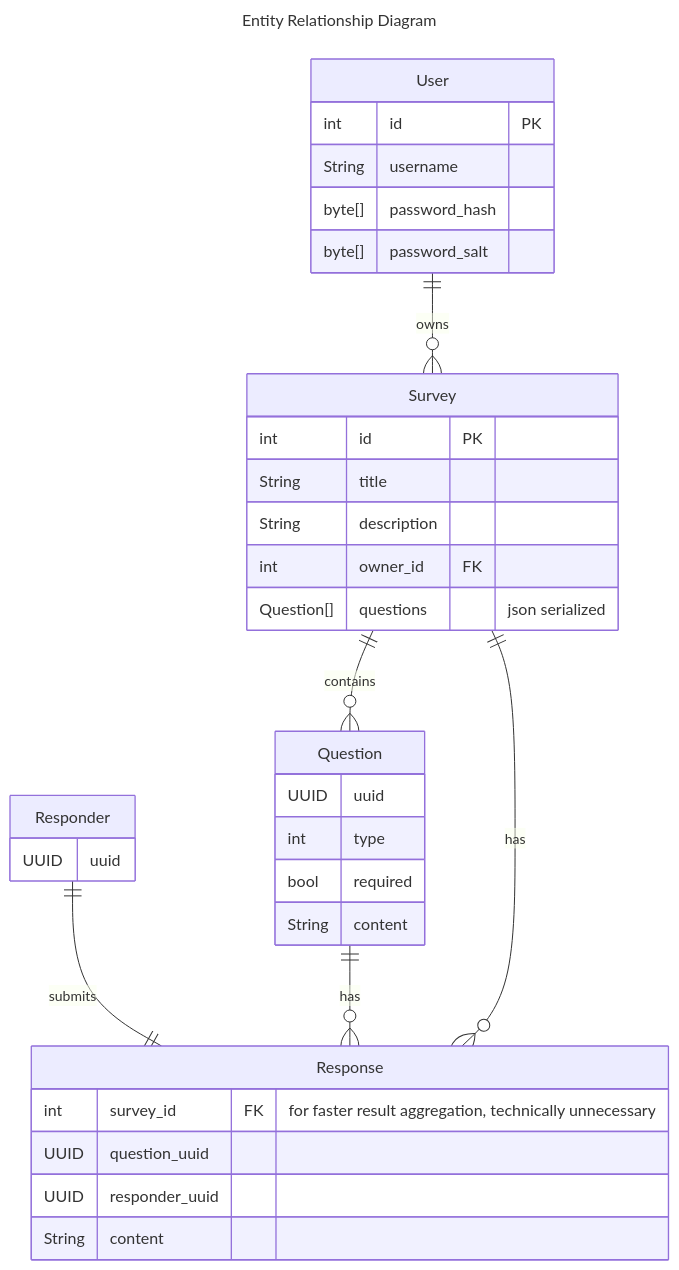
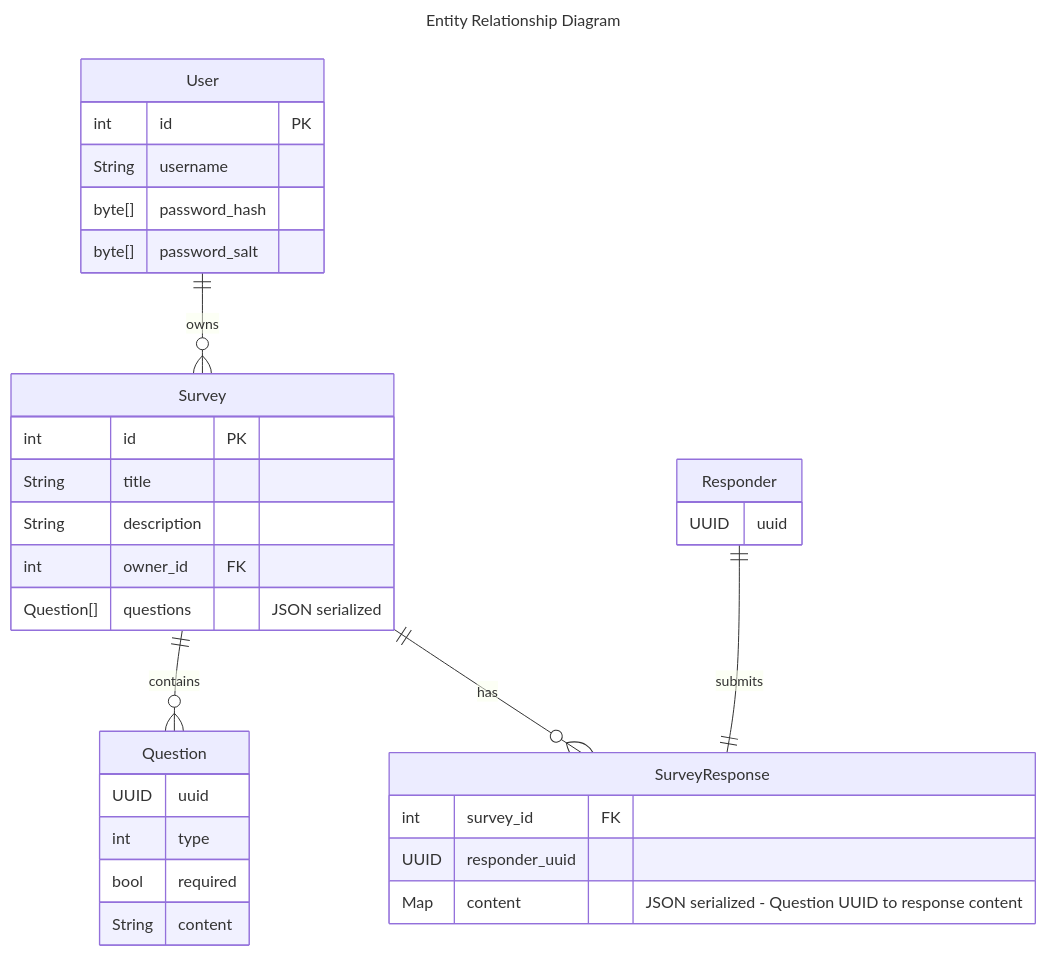
Before and after one commit to dyc3/d6-survey-service: the third of 7 diagrams in docs/architecture.md, drawn with Mermaid. The commit also changed other lines of this file, not shown here.

````diff
--- a/docs/architecture.md
+++ b/docs/architecture.md
@@ -113,44 +113,42 @@
 ```mermaid
 ---
 title: Entity Relationship Diagram
 ---
 erDiagram
     User {
         int id PK
         String username
         byte[] password_hash
         byte[] password_salt
     }
 
     Responder {
         UUID uuid
     }
 
     Survey {
         int id PK
         String title
         String description
         int owner_id FK
-        Question[] questions "json serialized"
+        Question[] questions "JSON serialized"
     }
 
     Question {
         UUID uuid
         int type
         bool required
         String content
     }
 
-    Response {
-        int survey_id FK "for faster result aggregation, technically unnecessary"
-        UUID question_uuid
+    SurveyResponse {
+        int survey_id FK
         UUID responder_uuid
-        String content
+        Map content "JSON serialized - Question UUID to response content"
     }
 
     User ||--o{ Survey : owns
     Survey ||--o{ Question : contains
-    Responder ||--|| Response : submits
-    Question ||--o{ Response : has
-    Survey ||--o{ Response : has
+    Responder ||--|| SurveyResponse : submits
+    Survey ||--o{ SurveyResponse : has
 ```
````
